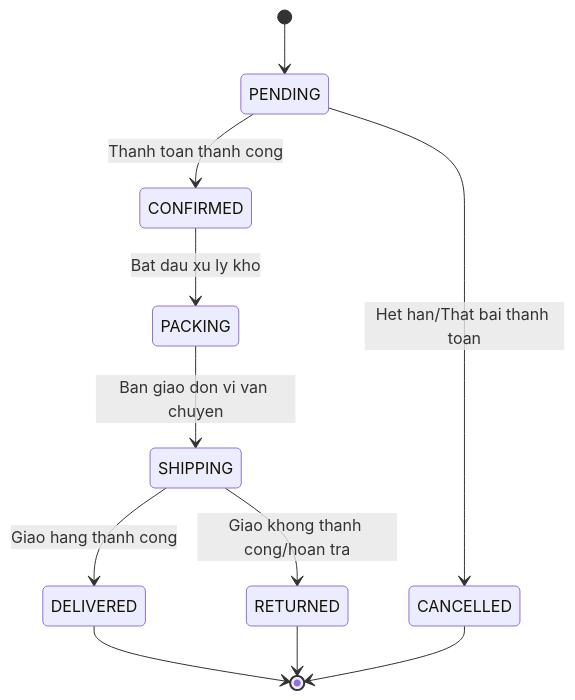
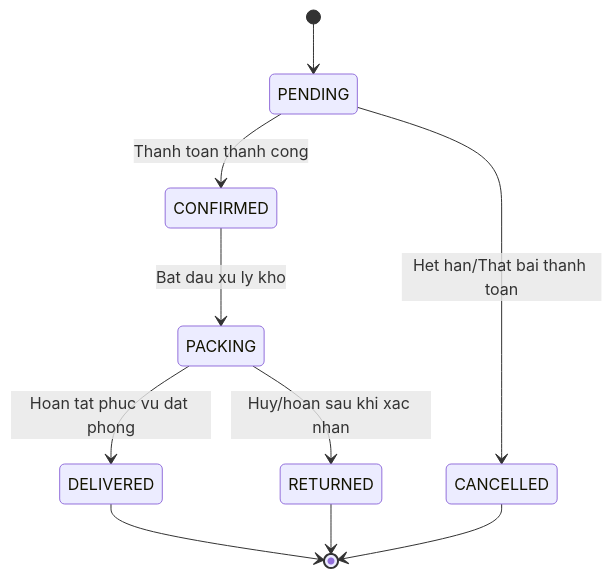
Before and after one commit to n0xgg04/5_1_TMDT_Backend: the fifth of 5 diagrams in docs/report/chuong_4.md, drawn with Mermaid. The commit also changed other lines of this file and 1 other file, not shown here.

Commit message:
docs: update chapter 4 with revised class diagram and remove shipping section from report format

````diff
--- a/docs/report/chuong_4.md
+++ b/docs/report/chuong_4.md
@@ -552,13 +521,12 @@
 ```mermaid
 stateDiagram-v2
     [*] --> PENDING
     PENDING --> CONFIRMED : Thanh toan thanh cong
     PENDING --> CANCELLED : Het han/That bai thanh toan
     CONFIRMED --> PACKING : Bat dau xu ly kho
-    PACKING --> SHIPPING : Ban giao don vi van chuyen
-    SHIPPING --> DELIVERED : Giao hang thanh cong
-    SHIPPING --> RETURNED : Giao khong thanh cong/hoan tra
+    PACKING --> DELIVERED : Hoan tat phuc vu dat phong
+    PACKING --> RETURNED : Huy/hoan sau khi xac nhan
     DELIVERED --> [*]
     CANCELLED --> [*]
     RETURNED --> [*]
 ```
````
